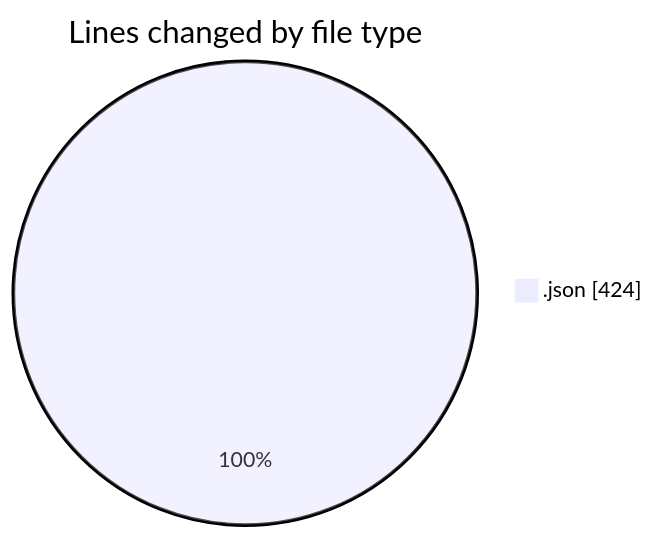
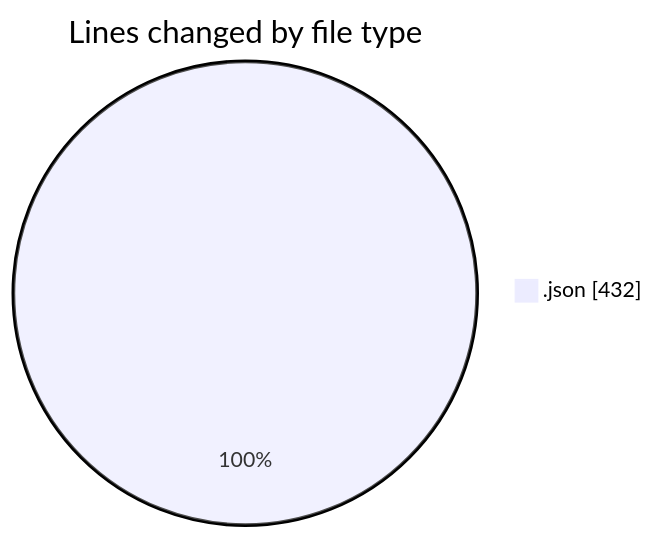
Before and after one commit to EIIisD/code-tracking: the first of 2 diagrams in 2025-08-03/macrowhisper/README.md, drawn with Mermaid. The commit also changed other lines of this file and 1 other file, not shown here.

````diff
--- a/2025-08-03/macrowhisper/README.md
+++ b/2025-08-03/macrowhisper/README.md
@@ -21,5 +21,5 @@
 ```mermaid
 pie showData
 title Lines changed by file type
-".json" : 424
+".json" : 432
 ```
````
